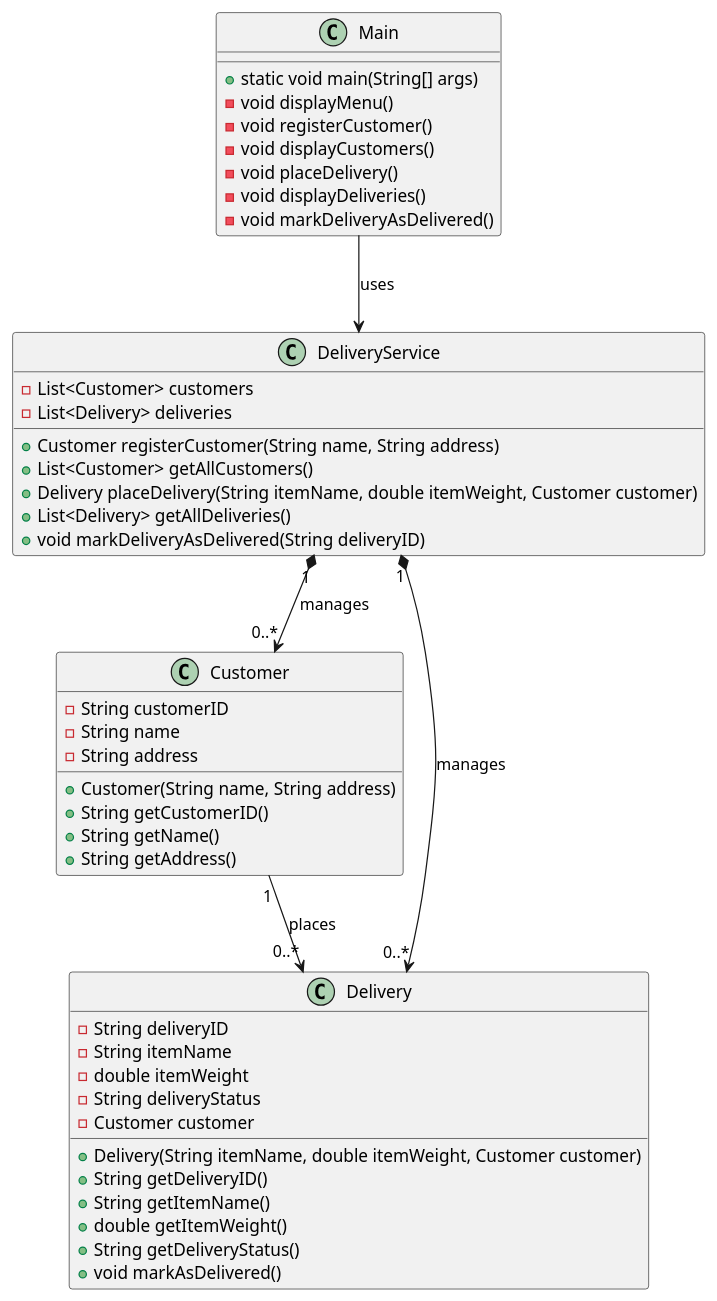
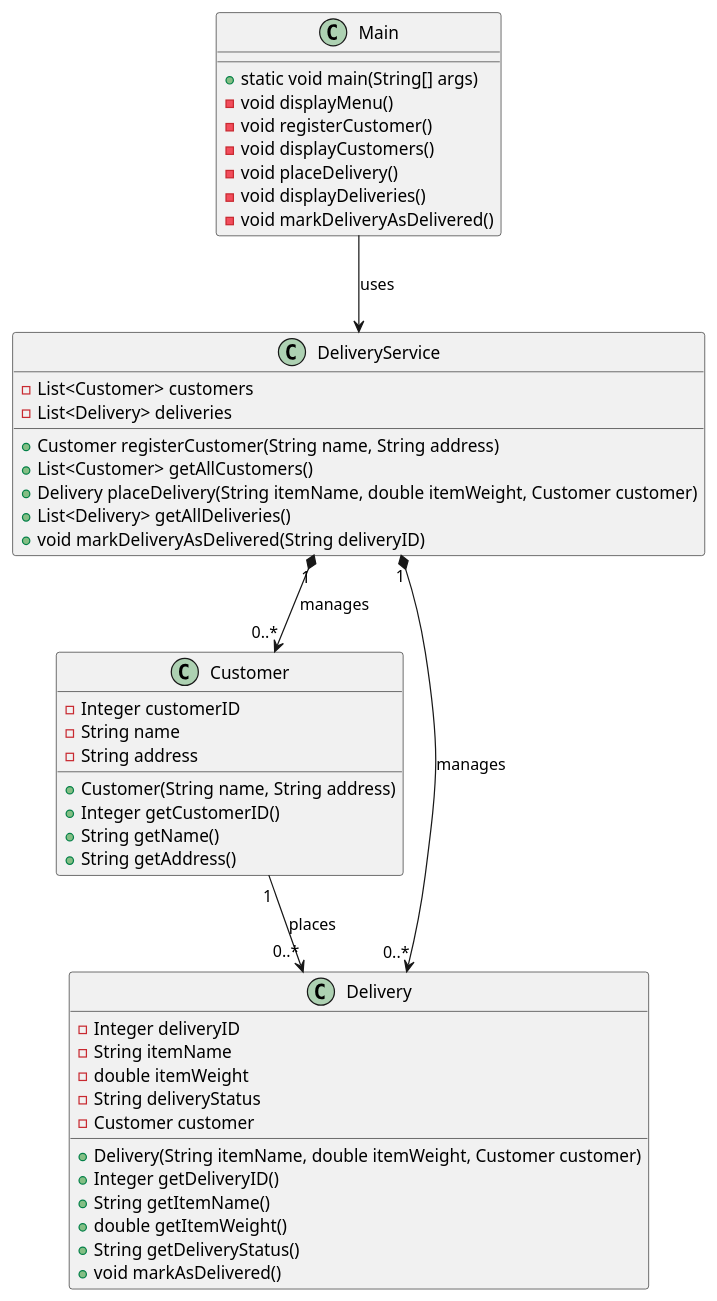
Before and after one commit to StudentsOnly/44-java-recap-project2-teamBr1: the diagram in ClassDiagram.puml, drawn with PlantUML. The commit also changed 3 other files, not shown here.

Commit message:
Added Customer and Delivery classes

```diff
--- a/ClassDiagram.puml
+++ b/ClassDiagram.puml
@@ -1,50 +1,50 @@
 @startuml
 class Customer {
-  -String customerID
+  -Integer customerID
   -String name
   -String address
   +Customer(String name, String address)
-  +String getCustomerID()
+  +Integer getCustomerID()
   +String getName()
   +String getAddress()
 }
 
 class Delivery {
-  -String deliveryID
+  -Integer deliveryID
   -String itemName
   -double itemWeight
   -String deliveryStatus
   -Customer customer
   +Delivery(String itemName, double itemWeight, Customer customer)
-  +String getDeliveryID()
+  +Integer getDeliveryID()
   +String getItemName()
   +double getItemWeight()
   +String getDeliveryStatus()
   +void markAsDelivered()
 }
 
 class DeliveryService {
   -List<Customer> customers
   -List<Delivery> deliveries
   +Customer registerCustomer(String name, String address)
   +List<Customer> getAllCustomers()
   +Delivery placeDelivery(String itemName, double itemWeight, Customer customer)
   +List<Delivery> getAllDeliveries()
   +void markDeliveryAsDelivered(String deliveryID)
 }
 
 class Main {
   +static void main(String[] args)
   -void displayMenu()
   -void registerCustomer()
   -void displayCustomers()
   -void placeDelivery()
   -void displayDeliveries()
   -void markDeliveryAsDelivered()
 }
 
 Customer "1" --> "0..*" Delivery : "places"
 DeliveryService "1" *--> "0..*" Customer : "manages"
 DeliveryService "1" *--> "0..*" Delivery : "manages"
 Main --> DeliveryService : "uses"
 @enduml
```
